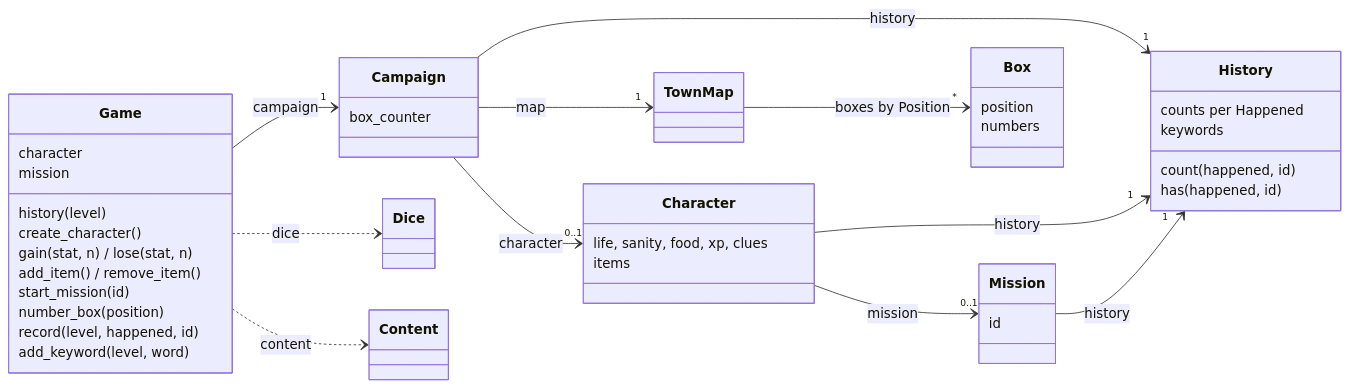
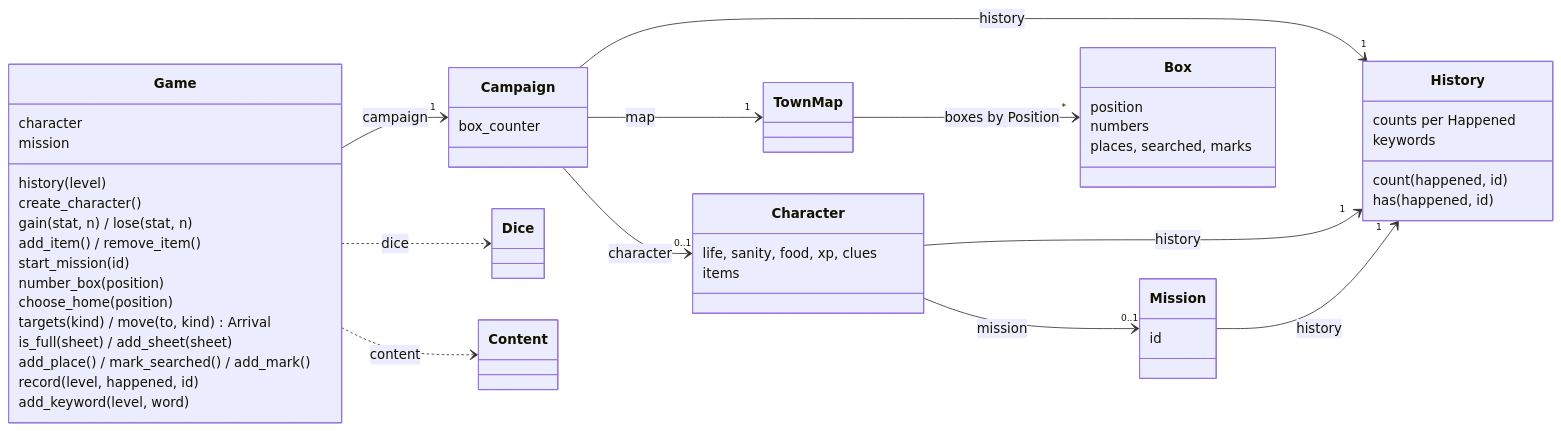
One commit to NathanChalot/AloneVsFEear changed the second of 4 diagrams in docs/architecture.md. Above: the diagram before and after it, drawn with Mermaid. The commit also changed other lines of this file and 10 other files, not shown here.

````diff
--- a/docs/architecture.md
+++ b/docs/architecture.md
@@ -79,46 +80,51 @@
 ```mermaid
 classDiagram
     direction LR
     Game --> "1" Campaign : campaign
     Game ..> Dice : dice
     Game ..> Content : content
     Campaign --> "1" TownMap : map
     Campaign --> "1" History : history
     Campaign --> "0..1" Character : character
     Character --> "1" History : history
     Character --> "0..1" Mission : mission
     Mission --> "1" History : history
     TownMap --> "*" Box : boxes by Position
     class Game {
         character
         mission
         history(level)
         create_character()
         gain(stat, n) / lose(stat, n)
         add_item() / remove_item()
         start_mission(id)
         number_box(position)
+        choose_home(position)
+        targets(kind) / move(to, kind) Arrival
+        is_full(sheet) / add_sheet(sheet)
+        add_place() / mark_searched() / add_mark()
         record(level, happened, id)
         add_keyword(level, word)
     }
     class Campaign {
         box_counter
     }
     class Character {
         life, sanity, food, xp, clues
         items
     }
     class Mission {
         id
     }
     class History {
         counts per Happened
         keywords
         count(happened, id)
         has(happened, id)
     }
     class Box {
         position
         numbers
+        places, searched, marks
     }
 ```
````
